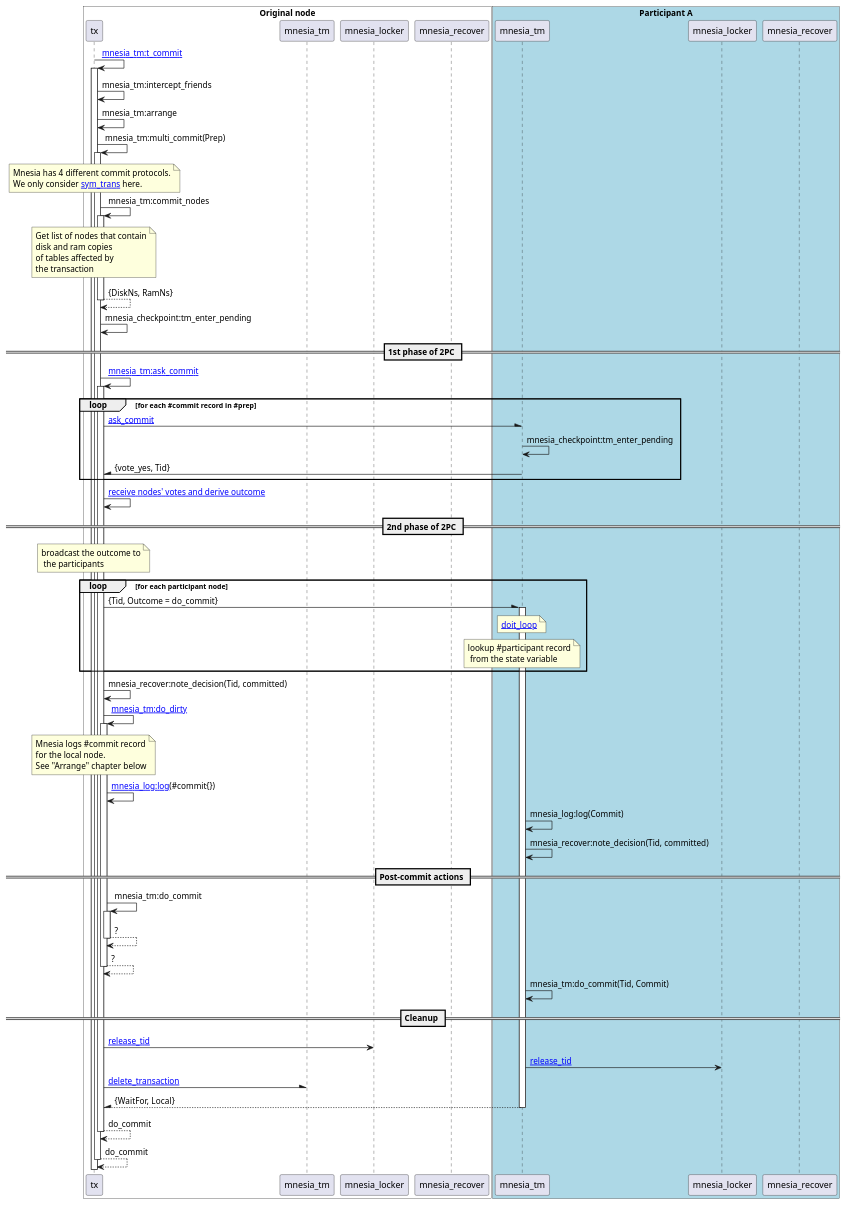
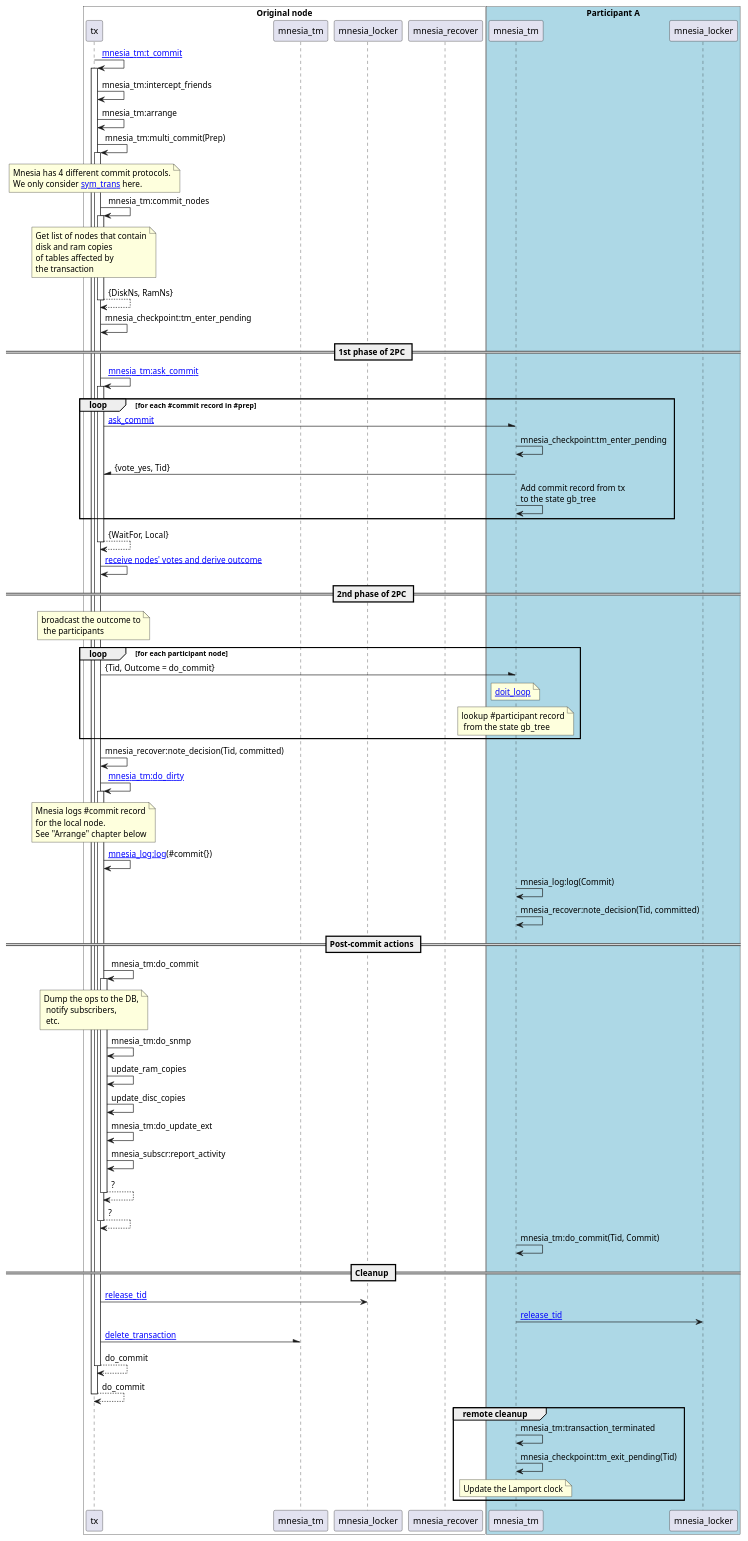
The second of 3 diagrams in posts/2021-04-26-mnesia.org (k32/k32), drawn with PlantUML before and after one commit. The commit also changed other lines of this file and 1 other file, not shown here.

Commit message:
More on transaction commit

```diff
--- a/posts/2021-04-26-mnesia.org
+++ b/posts/2021-04-26-mnesia.org
@@ -95,7 +95,6 @@
 box "Participant A" #LightBlue
   participant mnesia_tm as tm_a
   participant mnesia_locker as locker_a
-  participant mnesia_recover as recover_a
 end box
 
 tx -> tx ++ : [[https://github.com/erlang/otp/blob/OTP-24.0/lib/mnesia/src/mnesia_tm.erl#L1094 mnesia_tm:t_commit]]
@@ -118,17 +117,19 @@
         tx -\ tm_a : [[https://github.com/erlang/otp/blob/OTP-24.0/lib/mnesia/src/mnesia_tm.erl#L248 ask_commit]]
         tm_a -> tm_a : mnesia_checkpoint:tm_enter_pending
         tx /- tm_a : {vote_yes, Tid}
+
+        tm_a -> tm_a : Add commit record from tx\nto the state gb_tree
       end
+    return {WaitFor, Local}
 
-      tx -> tx : [[https://github.com/erlang/otp/blob/OTP-24.0/lib/mnesia/src/mnesia_tm.erl#L2097 receive nodes' votes and derive outcome]]
+    tx -> tx : [[https://github.com/erlang/otp/blob/OTP-24.0/lib/mnesia/src/mnesia_tm.erl#L2097 receive nodes' votes and derive outcome]]
 
 == 2nd phase of 2PC ==
     note over tx : broadcast the outcome to\n the participants
     loop for each participant node
         tx -\ tm_a : {Tid, Outcome = do_commit}
-        activate tm_a
         note over tm_a : [[https://github.com/erlang/otp/blob/OTP-24.0/lib/mnesia/src/mnesia_tm.erl#L273 doit_loop]]
-        note over tm_a : lookup #participant record\n from the state variable
+        note over tm_a : lookup #participant record\n from the state gb_tree
     end
 
     tx -> tx : mnesia_recover:note_decision(Tid, committed)
@@ -141,9 +142,13 @@
         tm_a -> tm_a : mnesia_recover:note_decision(Tid, committed)
 
 == Post-commit actions ==
-    tx -> tx ++ : mnesia_tm:do_commit
-
-
+      tx -> tx ++ : mnesia_tm:do_commit
+        note over tx: Dump the ops to the DB,\n notify subscribers,\n etc.
+        tx -> tx : mnesia_tm:do_snmp
+        tx -> tx : update_ram_copies
+        tx -> tx : update_disc_copies
+        tx -> tx : mnesia_tm:do_update_ext
+        tx -> tx : mnesia_subscr:report_activity
       return ?
     return ?
 
@@ -155,7 +160,12 @@
 
 
     tx -\ tm : [[https://github.com/erlang/otp/blob/OTP-24.0/lib/mnesia/src/mnesia_tm.erl#L377 delete_transaction]]
-    return {WaitFor, Local}
   return do_commit
 return do_commit
+
+group remote cleanup
+    tm_a -> tm_a : mnesia_tm:transaction_terminated
+    tm_a -> tm_a : mnesia_checkpoint:tm_exit_pending(Tid)
+    note over tm_a: Update the Lamport clock
+end
 #+end_src
```
